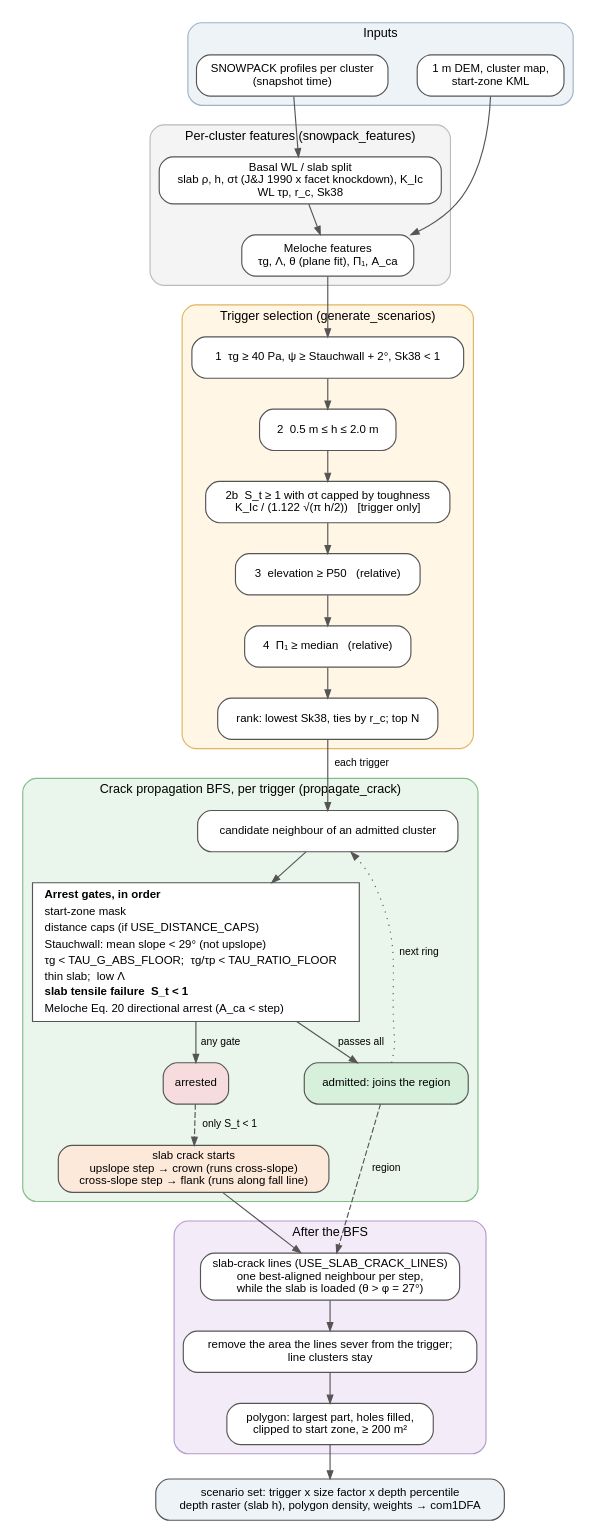
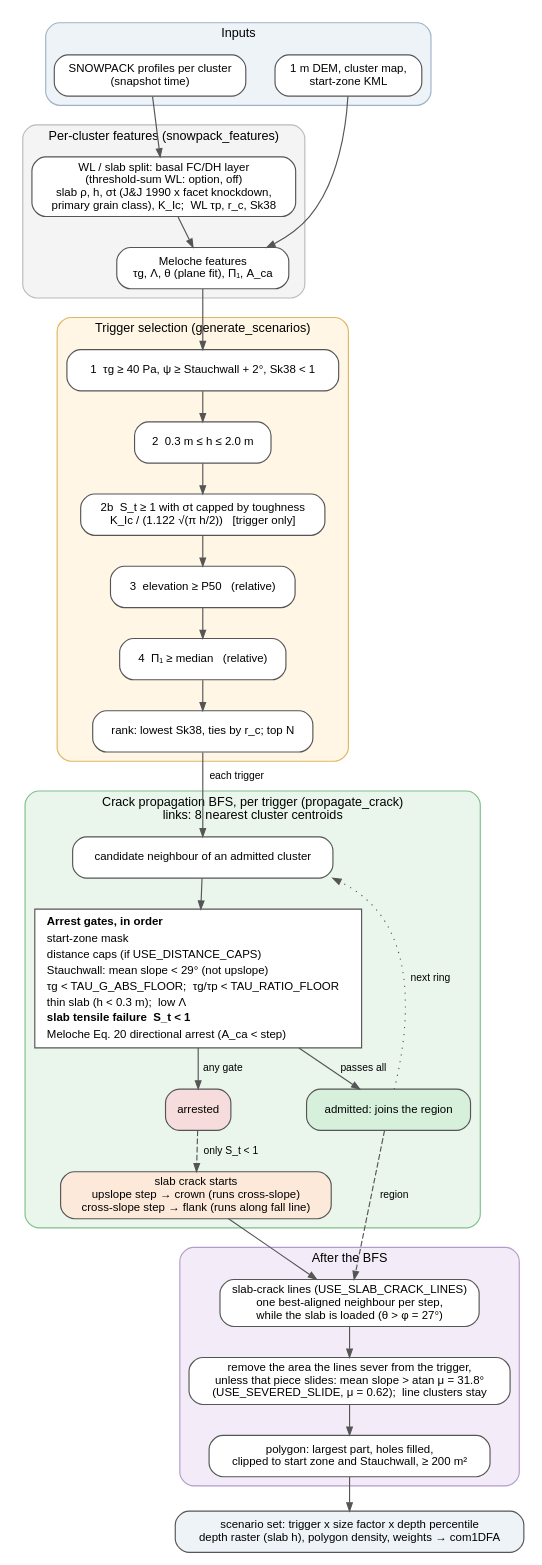
The diagram in docs/figures/release_model_flow.dot (ronimos/avalanche-release-areas), drawn with Graphviz before and after one commit. The commit also changed 5 other files, not shown here.

First line of the commit message:
docs(methods): 2026-11-13 defaults, threshold-sum weak layer, BFS-link experiments

```diff
--- a/docs/figures/release_model_flow.dot
+++ b/docs/figures/release_model_flow.dot
@@ -1,72 +1,72 @@
-// Release-area model flow (Ron, 2026-11-10). Render:
+// Release-area model flow (Ron, 2026-11-10; updated 2026-11-13). Render:
 //   dot -Tpng -Gdpi=150 docs/figures/release_model_flow.dot -o docs/figures/release_model_flow.png
 digraph release_model {
   graph [rankdir=TB, fontname="Helvetica", fontsize=11, nodesep=0.35, ranksep=0.35, newrank=true];
   node  [shape=box, style="rounded,filled", fillcolor="#ffffff", color="#555555", fontname="Helvetica", fontsize=10];
   edge  [color="#555555", arrowsize=0.7, fontname="Helvetica", fontsize=9];
 
   subgraph cluster_in {
     label="Inputs"; style="rounded,filled"; fillcolor="#eef3f8"; color="#9fb3c8";
     pro  [label="SNOWPACK profiles per cluster\n(snapshot time)"];
     dem  [label="1 m DEM, cluster map,\nstart-zone KML"];
     {rank=same; pro; dem;}
   }
 
   subgraph cluster_feat {
     label="Per-cluster features (snowpack_features)"; style="rounded,filled"; fillcolor="#f4f4f4"; color="#bbbbbb";
-    feat [label="Basal WL / slab split\nslab ρ, h, σt (J&J 1990 x facet knockdown), K_Ic\nWL τp, r_c, Sk38"];
+    feat [label="WL / slab split: basal FC/DH layer\n(threshold-sum WL: option, off)\nslab ρ, h, σt (J&J 1990 x facet knockdown,\nprimary grain class), K_Ic;  WL τp, r_c, Sk38"];
     mel  [label="Meloche features\nτg, Λ, θ (plane fit), Π₁, A_ca"];
     feat -> mel;
   }
   pro -> feat; dem -> mel;
 
   subgraph cluster_trig {
     label="Trigger selection (generate_scenarios)"; style="rounded,filled"; fillcolor="#fff6e5"; color="#e0b660";
     t1 [label="1  τg ≥ 40 Pa, ψ ≥ Stauchwall + 2°, Sk38 < 1"];
-    t2 [label="2  0.5 m ≤ h ≤ 2.0 m"];
+    t2 [label="2  0.3 m ≤ h ≤ 2.0 m"];
     t2b[label="2b  S_t ≥ 1 with σt capped by toughness\nK_Ic / (1.122 √(π h/2))   [trigger only]"];
     t3 [label="3  elevation ≥ P50   (relative)"];
     t4 [label="4  Π₁ ≥ median   (relative)"];
     rk [label="rank: lowest Sk38, ties by r_c; top N"];
     t1 -> t2 -> t2b -> t3 -> t4 -> rk;
   }
   mel -> t1;
 
   subgraph cluster_bfs {
-    label="Crack propagation BFS, per trigger (propagate_crack)"; style="rounded,filled"; fillcolor="#eaf6ec"; color="#7fbf8a";
+    label="Crack propagation BFS, per trigger (propagate_crack)\nlinks: 8 nearest cluster centroids"; style="rounded,filled"; fillcolor="#eaf6ec"; color="#7fbf8a";
     cand [label="candidate neighbour of an admitted cluster", fillcolor="#ffffff"];
     gates [shape=box, style="filled", fillcolor="#ffffff", label=<
       <TABLE BORDER="0" CELLBORDER="0" CELLSPACING="1" CELLPADDING="1">
       <TR><TD ALIGN="LEFT"><B>Arrest gates, in order</B></TD></TR>
       <TR><TD ALIGN="LEFT">start-zone mask</TD></TR>
       <TR><TD ALIGN="LEFT">distance caps (if USE_DISTANCE_CAPS)</TD></TR>
       <TR><TD ALIGN="LEFT">Stauchwall: mean slope &lt; 29° (not upslope)</TD></TR>
       <TR><TD ALIGN="LEFT">τg &lt; TAU_G_ABS_FLOOR;  τg/τp &lt; TAU_RATIO_FLOOR</TD></TR>
-      <TR><TD ALIGN="LEFT">thin slab;  low Λ</TD></TR>
+      <TR><TD ALIGN="LEFT">thin slab (h &lt; 0.3 m);  low Λ</TD></TR>
       <TR><TD ALIGN="LEFT"><B>slab tensile failure  S_t &lt; 1</B></TD></TR>
       <TR><TD ALIGN="LEFT">Meloche Eq. 20 directional arrest (A_ca &lt; step)</TD></TR>
       </TABLE>>];
     adm  [label="admitted: joins the region", fillcolor="#d7f0dc"];
     arr  [label="arrested", fillcolor="#f6dcdc"];
     crk  [label="slab crack starts\nupslope step → crown (runs cross-slope)\ncross-slope step → flank (runs along fall line)", fillcolor="#fde9d9"];
     cand -> gates;
     gates -> adm [label=" passes all"];
     gates -> arr [label=" any gate"];
     arr -> crk [label=" only S_t < 1", style=dashed];
     adm -> cand [label=" next ring", style=dotted];
   }
   rk -> cand [label=" each trigger"];
 
   subgraph cluster_post {
     label="After the BFS"; style="rounded,filled"; fillcolor="#f3ecf8"; color="#b39bcc";
     lines [label="slab-crack lines (USE_SLAB_CRACK_LINES)\none best-aligned neighbour per step,\nwhile the slab is loaded (θ > φ = 27°)"];
-    sever [label="remove the area the lines sever from the trigger;\nline clusters stay"];
-    poly  [label="polygon: largest part, holes filled,\nclipped to start zone, ≥ 200 m²"];
+    sever [label="remove the area the lines sever from the trigger,\nunless that piece slides: mean slope > atan μ = 31.8°\n(USE_SEVERED_SLIDE, μ = 0.62);  line clusters stay"];
+    poly  [label="polygon: largest part, holes filled,\nclipped to start zone and Stauchwall, ≥ 200 m²"];
     lines -> sever -> poly;
   }
   crk -> lines;
   adm -> lines [label=" region", style=dashed];
 
   out [label="scenario set: trigger x size factor x depth percentile\ndepth raster (slab h), polygon density, weights → com1DFA", fillcolor="#eef3f8"];
   poly -> out;
 }
```
